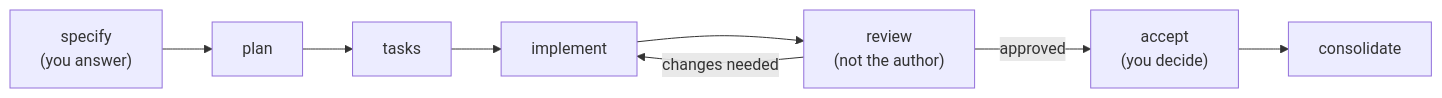
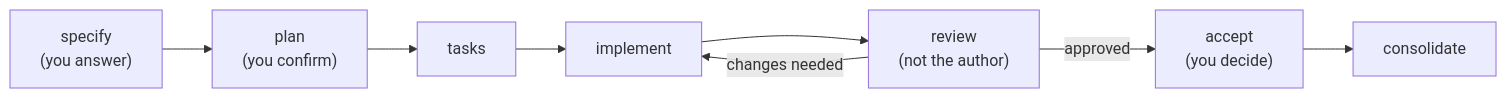
The diagram in docs/presentations/spec-kitty-first-mission.md (sddevelopment-be/socratesbe_26_secondbrain), drawn with Mermaid before and after one commit. The commit also changed other lines of this file and 3 other files, not shown here.

````diff
--- a/docs/presentations/spec-kitty-first-mission.md
+++ b/docs/presentations/spec-kitty-first-mission.md
@@ -120,10 +125,10 @@
 ```mermaid
 %% title: The Spec Kitty mission lifecycle
-%% description: You answer the specify interview and read the spec; the agent plans and splits the work into packages; agents implement each package; a separate reviewer approves it or sends it back; you accept the mission and consolidate it onto your branch.
+%% description: You answer the specify interview and read the spec; you confirm the plan; the agent splits the work into packages; agents implement each package; a separate reviewer approves it or sends it back; you accept the mission and consolidate it onto your branch.
 flowchart LR
-  S["specify<br/>(you answer)"] --> P[plan] --> T[tasks]
+  S["specify<br/>(you answer)"] --> P["plan<br/>(you confirm)"] --> T[tasks]
   T --> I[implement]
   I --> R["review<br/>(not the author)"]
   R -- changes needed --> I
   R -- approved --> A["accept<br/>(you decide)"] --> C[consolidate]
 ```
````
